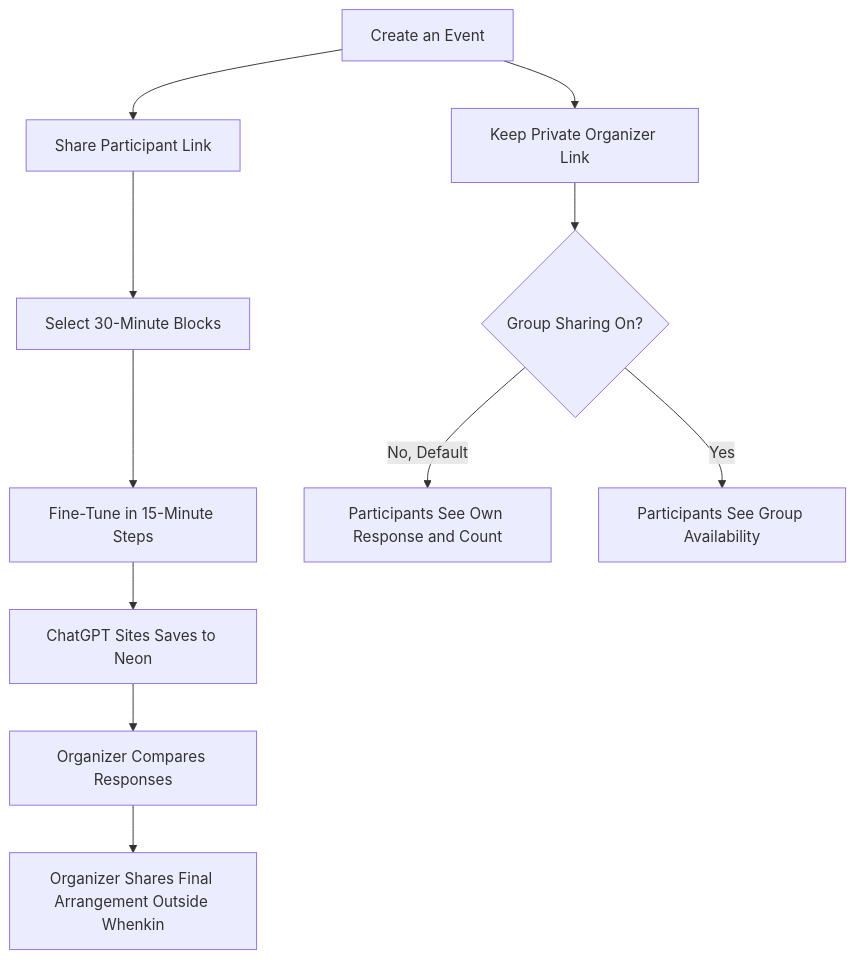
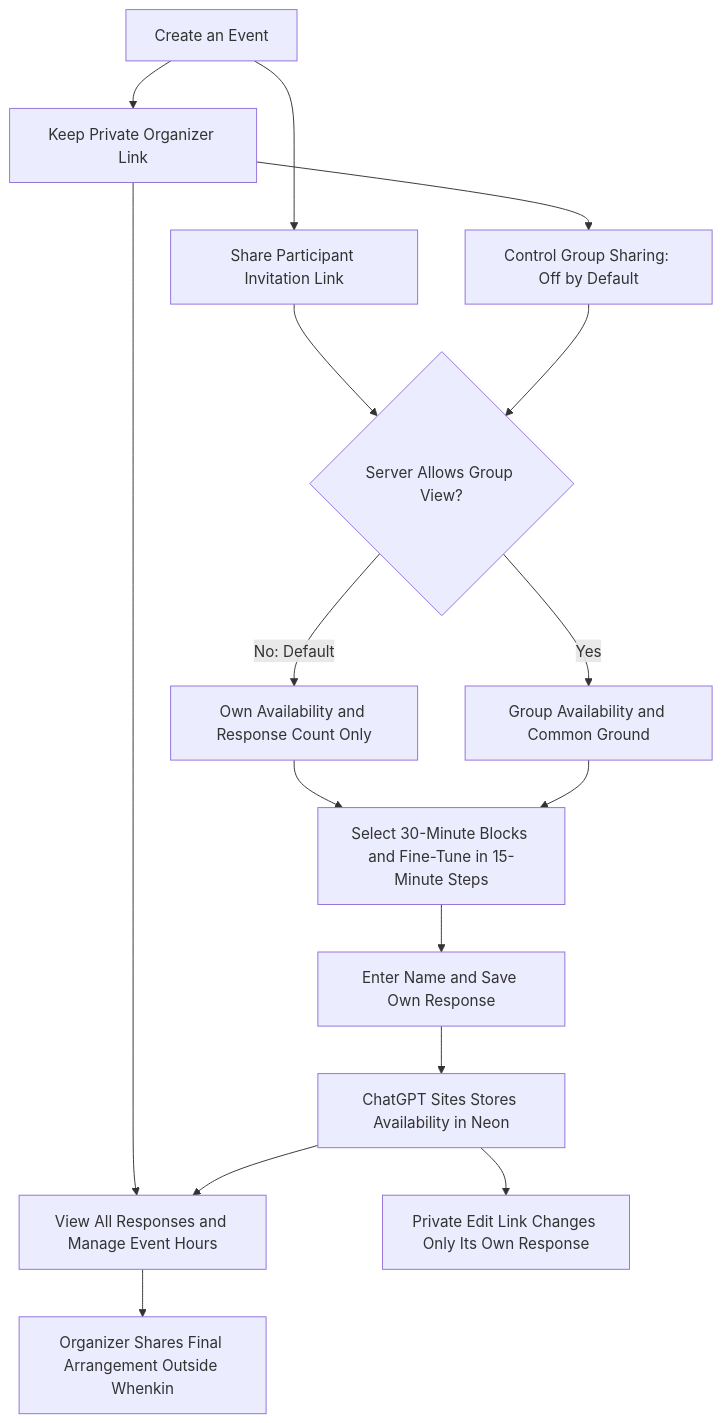
Before and after one commit to jimmy181211/whenkin: the diagram in README.md, drawn with Mermaid. The commit also changed other lines of this file and 1 other file, not shown here.

Commit message:
Document participant privacy and organizer-controlled group sharing
Update the README flowchart and detailed access diagram to show default-private participant views, server-side filtering, organizer access, private response tokens, and read-only group sharing. Add an access matrix and replace the obsolete website guide reference.

````diff
--- a/README.md
+++ b/README.md
@@ -28,13 +28,18 @@
 ```mermaid
 flowchart TD
-    A[Create an Event] --> B[Keep Private Organizer Link]
-    A --> C[Share Participant Link]
-    C --> D[Select 30-Minute Blocks]
-    D --> E[Fine-Tune in 15-Minute Steps]
-    E --> F[ChatGPT Sites Saves to Neon]
-    F --> G[Organizer Compares Responses]
-    G --> H[Organizer Shares Final Arrangement Outside Whenkin]
-    B --> I{Group Sharing On?}
-    I -->|No, Default| J[Participants See Own Response and Count]
-    I -->|Yes| K[Participants See Group Availability]
+  A["Create an Event"] --> O["Keep Private Organizer Link"]
+  A --> I["Share Participant Invitation Link"]
+  O --> M["View All Responses and Manage Event Hours"]
+  O --> T["Control Group Sharing: Off by Default"]
+  I --> P{"Server Allows Group View?"}
+  T --> P
+  P -->|"No: Default"| H["Own Availability and Response Count Only"]
+  P -->|Yes| G["Group Availability and Common Ground"]
+  H --> E["Select 30-Minute Blocks and Fine-Tune in 15-Minute Steps"]
+  G --> E
+  E --> N["Enter Name and Save Own Response"]
+  N --> S["ChatGPT Sites Stores Availability in Neon"]
+  S --> L["Private Edit Link Changes Only Its Own Response"]
+  S --> M
+  M --> F["Organizer Shares Final Arrangement Outside Whenkin"]
 ```
````
